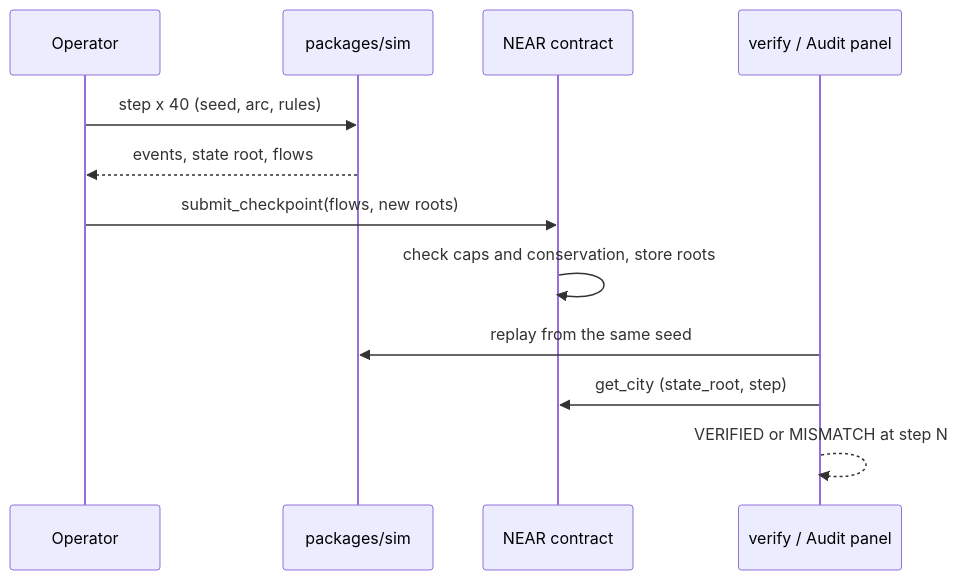
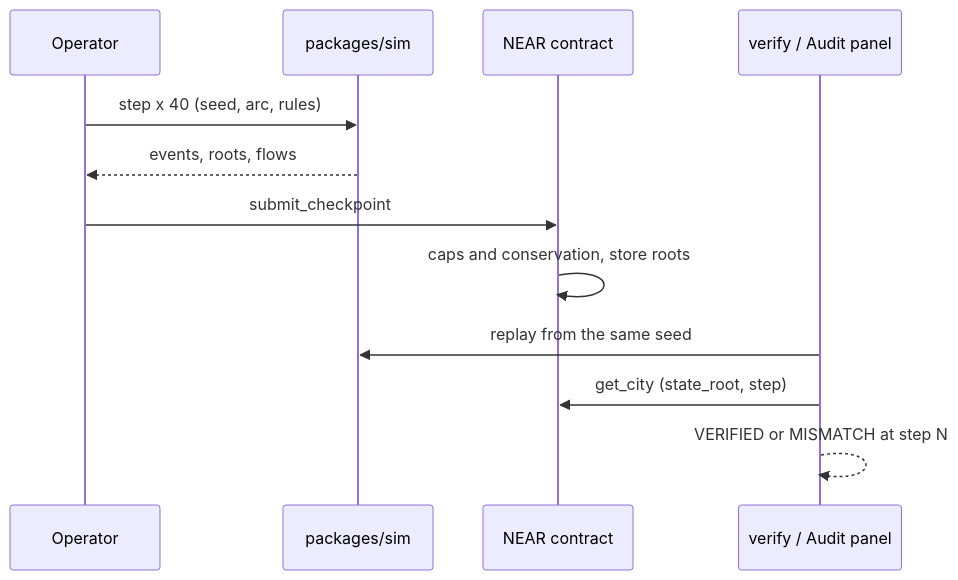
Before and after one commit to theodhorex/AfterHours: the diagram in README.md, drawn with Mermaid. The commit also changed other lines of this file, not shown here.

````diff
--- a/README.md
+++ b/README.md
@@ -79,14 +76,14 @@
 ```mermaid
 sequenceDiagram
     participant Op as Operator
     participant Sim as packages/sim
     participant C as NEAR contract
     participant V as verify / Audit panel
     Op->>Sim: step x 40 (seed, arc, rules)
-    Sim-->>Op: events, state root, flows
-    Op->>C: submit_checkpoint(flows, new roots)
-    C->>C: check caps and conservation, store roots
+    Sim-->>Op: events, roots, flows
+    Op->>C: submit_checkpoint
+    C->>C: caps and conservation, store roots
     V->>Sim: replay from the same seed
     V->>C: get_city (state_root, step)
     V-->>V: VERIFIED or MISMATCH at step N
 ```
````
